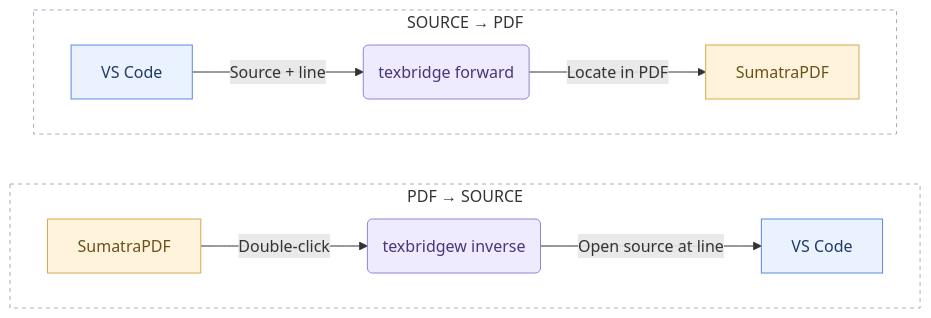
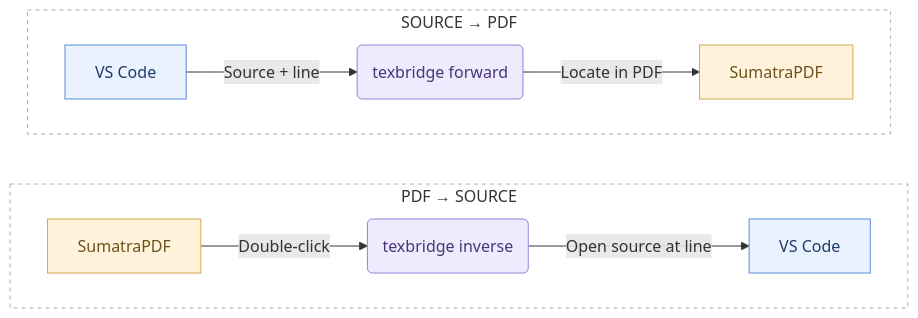
Before and after one commit to shunnli/texbridge: the diagram in README.md, drawn with Mermaid. The commit also changed other lines of this file and 5 other files, not shown here.

````diff
--- a/README.md
+++ b/README.md
@@ -11,25 +24,25 @@
 ```mermaid
 flowchart TB
     subgraph forward ["SOURCE → PDF"]
         direction LR
         V1["VS Code"] -->|"Source + line"| F("texbridge forward")
         F -->|"Locate in PDF"| S1["SumatraPDF"]
     end
 
     subgraph inverse ["PDF → SOURCE"]
         direction LR
-        S2["SumatraPDF"] -->|"Double-click"| I("texbridgew inverse")
+        S2["SumatraPDF"] -->|"Double-click"| I("texbridge inverse")
         I -->|"Open source at line"| V2["VS Code"]
     end
 
     forward ~~~ inverse
 
     classDef editor fill:#eaf2ff,stroke:#5b8bd9,color:#203b64
     classDef bridge fill:#eeebff,stroke:#9380db,color:#493578
     classDef viewer fill:#fff4db,stroke:#d4aa4f,color:#6b501b
     class V1,V2 editor
     class F,I bridge
     class S1,S2 viewer
     style forward fill:transparent,stroke:#a0aec0,stroke-dasharray:4 4
     style inverse fill:transparent,stroke:#a0aec0,stroke-dasharray:4 4
 ```
````
